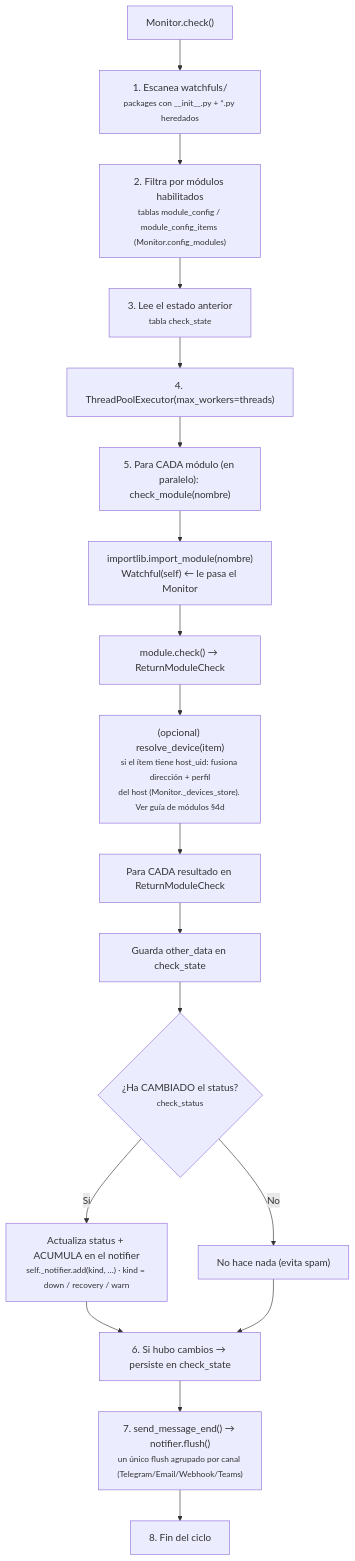
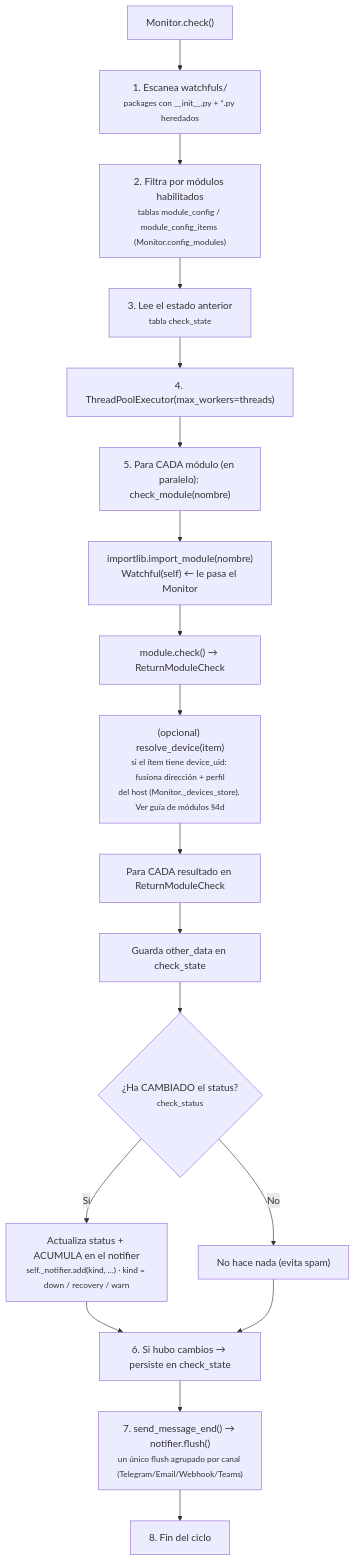
Before and after one commit to vsc55/ServiceSentry: the fourth of 6 diagrams in docs/explica-arquitectura.md, drawn with Mermaid. The commit also changed 58 other files, not shown here.

````diff
--- a/docs/explica-arquitectura.md
+++ b/docs/explica-arquitectura.md
@@ -452,25 +452,25 @@
 ```mermaid
 flowchart TD
     start["Monitor.check()"]
     scan["1. Escanea watchfuls/<br/><small>packages con __init__.py + *.py heredados</small>"]
     filter["2. Filtra por módulos habilitados<br/><small>tablas module_config / module_config_items (Monitor.config_modules)</small>"]
     prev["3. Lee el estado anterior<br/><small>tabla check_state</small>"]
     pool["4. ThreadPoolExecutor(max_workers=threads)"]
     start --> scan --> filter --> prev --> pool
 
     pool --> mod["5. Para CADA módulo (en paralelo): check_module(nombre)"]
     mod --> imp["importlib.import_module(nombre)<br/>Watchful(self) ← le pasa el Monitor"]
     imp --> chk["module.check() → ReturnModuleCheck"]
-    chk --> host["(opcional) resolve_device(item)<br/><small>si el ítem tiene host_uid: fusiona dirección + perfil<br/>del host (Monitor._devices_store). Ver guía de módulos §4d</small>"]
+    chk --> host["(opcional) resolve_device(item)<br/><small>si el ítem tiene device_uid: fusiona dirección + perfil<br/>del host (Monitor._devices_store). Ver guía de módulos §4d</small>"]
 
     host --> each["Para CADA resultado en ReturnModuleCheck"]
     each --> save["Guarda other_data en check_state"]
     save --> changed{"¿Ha CAMBIADO el status?<br/><small>check_status</small>"}
     changed -->|Sí| upd["Actualiza status + ACUMULA en el notifier<br/><small>self._notifier.add(kind, …) · kind = down / recovery / warn</small>"]
     changed -->|No| noop["No hace nada (evita spam)"]
 
     upd --> persist["6. Si hubo cambios → persiste en check_state"]
     noop --> persist
     persist --> summary["7. send_message_end() → notifier.flush()<br/><small>un único flush agrupado por canal (Telegram/Email/Webhook/Teams)</small>"]
     summary --> done["8. Fin del ciclo"]
 ```
````
